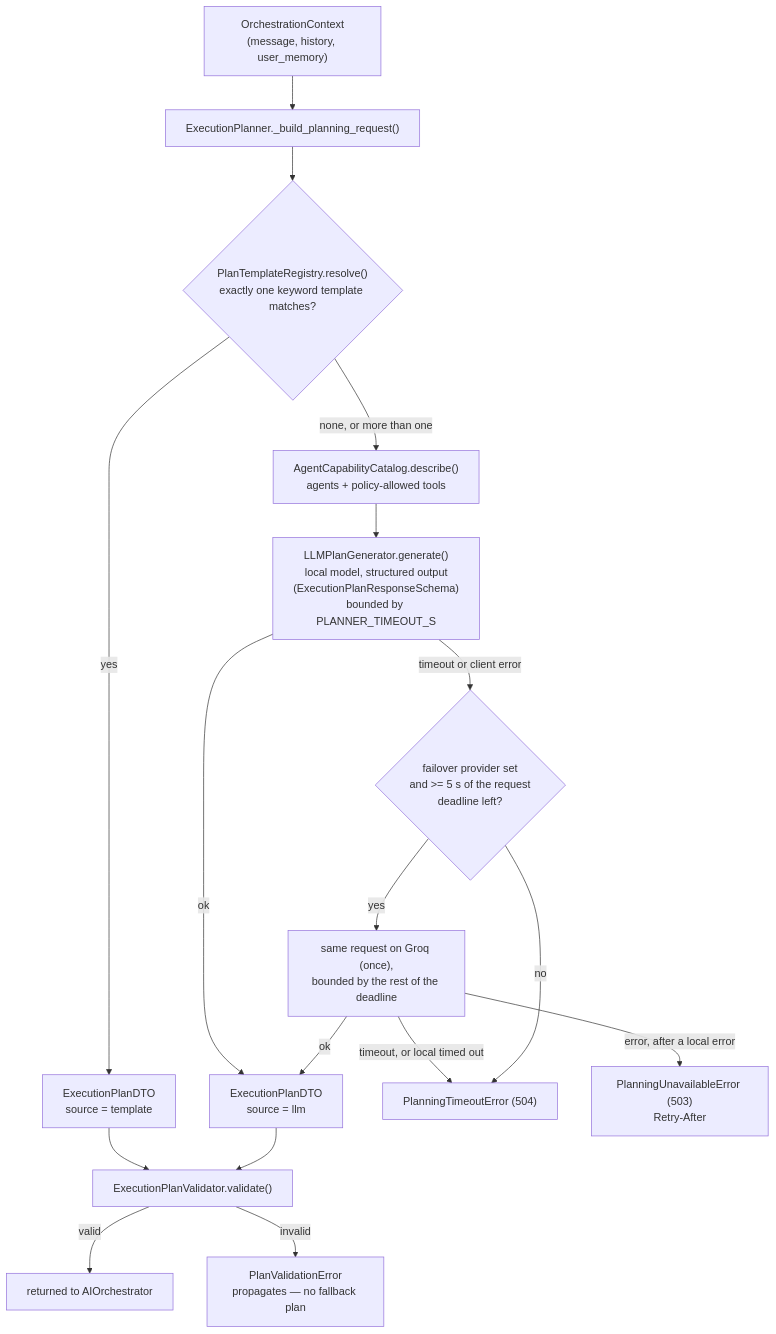
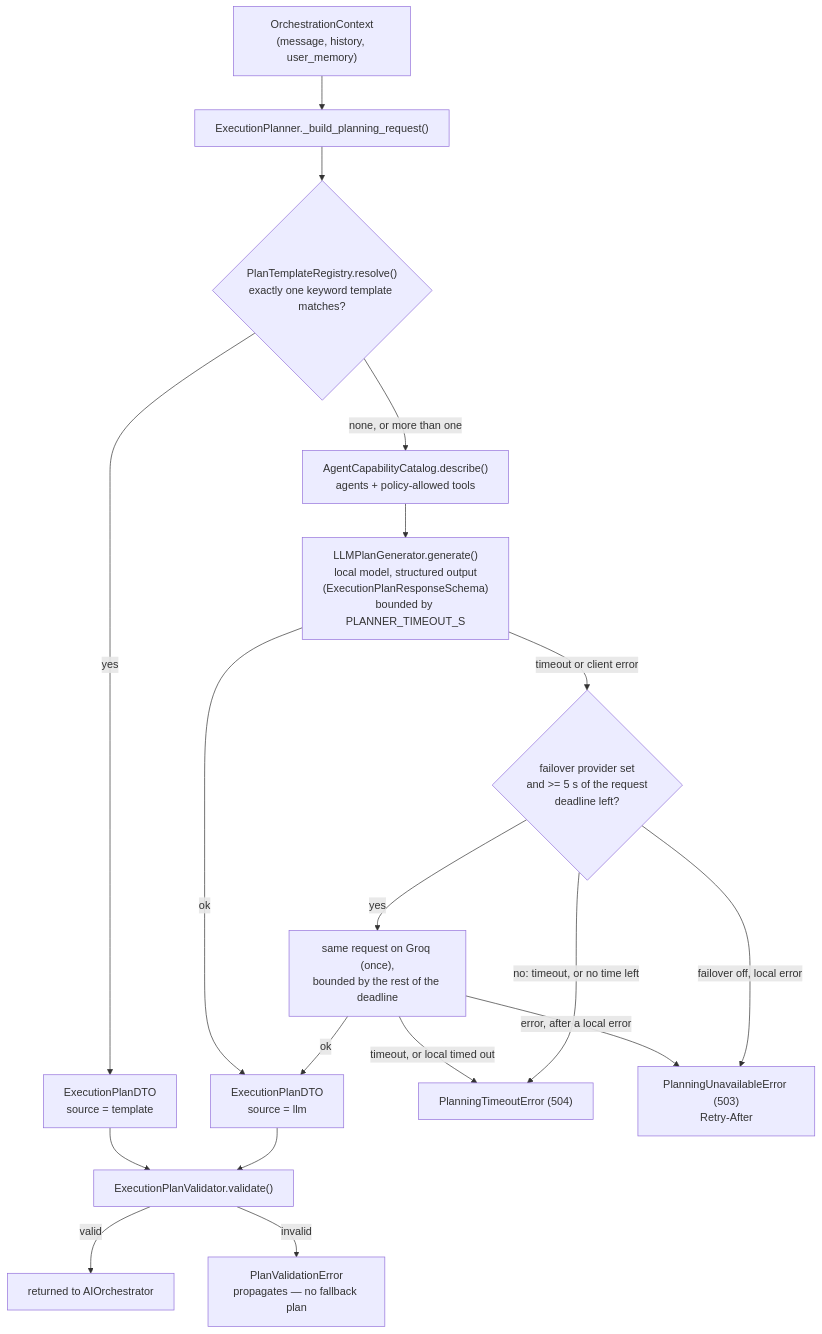
Before and after one commit to bharatkse/juris-ai: the diagram in server/src/agentic/planning/README.md, drawn with Mermaid. The commit also changed other lines of this file, not shown here.

Commit message:
docs(planning): add the failover-off 503 path (R18)

````diff
--- a/server/src/agentic/planning/README.md
+++ b/server/src/agentic/planning/README.md
@@ -26,19 +26,20 @@
 ```mermaid
 flowchart TD
     CTX["OrchestrationContext<br/>(message, history, user_memory)"] --> REQ["ExecutionPlanner._build_planning_request()"]
     REQ --> TPL{"PlanTemplateRegistry.resolve()<br/>exactly one keyword template matches?"}
     TPL -->|yes| PLAN["ExecutionPlanDTO<br/>source = template"]
     TPL -->|none, or more than one| CAP["AgentCapabilityCatalog.describe()<br/>agents + policy-allowed tools"]
     CAP --> LLM["LLMPlanGenerator.generate()<br/>local model, structured output<br/>(ExecutionPlanResponseSchema)<br/>bounded by PLANNER_TIMEOUT_S"]
     LLM -->|ok| PLAN2["ExecutionPlanDTO<br/>source = llm"]
     LLM -->|timeout or client error| FAILOVER{"failover provider set<br/>and >= 5 s of the request<br/>deadline left?"}
     FAILOVER -->|yes| GROQ["same request on Groq (once),<br/>bounded by the rest of the deadline"]
     GROQ -->|ok| PLAN2
     GROQ -->|timeout, or local timed out| TO["PlanningTimeoutError (504)"]
     GROQ -->|error, after a local error| UNAV["PlanningUnavailableError (503)<br/>Retry-After"]
-    FAILOVER -->|no| TO
+    FAILOVER -->|"no: timeout, or no time left"| TO
+    FAILOVER -->|"failover off, local error"| UNAV
     PLAN --> VAL["ExecutionPlanValidator.validate()"]
     PLAN2 --> VAL
     VAL -->|valid| OUT["returned to AIOrchestrator"]
     VAL -->|invalid| ERR["PlanValidationError<br/>propagates — no fallback plan"]
 ```
````
